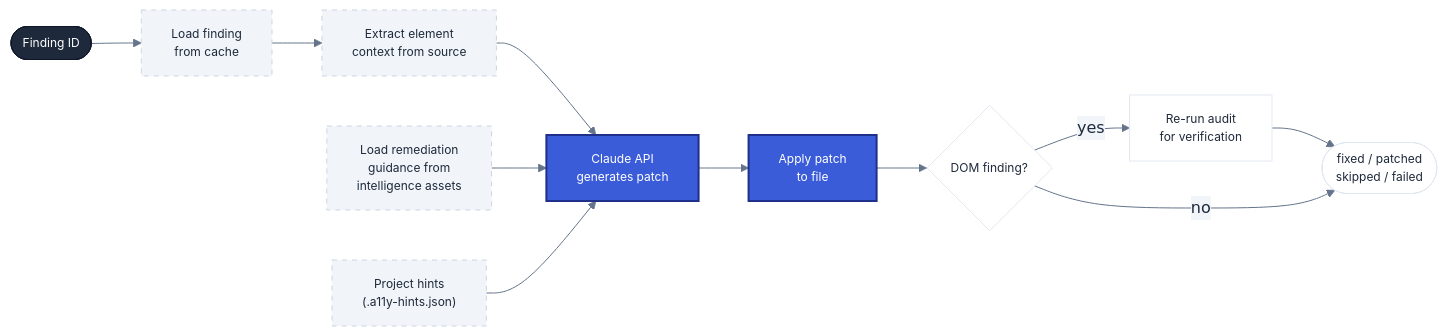
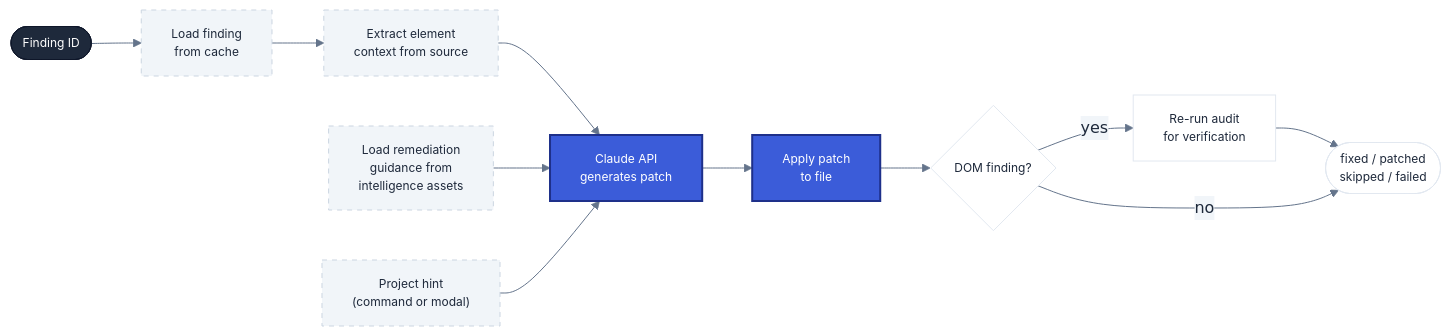
The diagram in docs/fix-engine.md (diegovelasquezweb/a11y-github-app), drawn with Mermaid before and after one commit. The commit also changed other lines of this file and 1 other file, not shown here.

Commit message:
docs: remove .a11y-hints.json references, fix caching claim

````diff
--- a/docs/fix-engine.md
+++ b/docs/fix-engine.md
@@ -28,31 +28,31 @@
 ```mermaid
 %%{init: { 'theme': 'base', 'themeVariables': { 'primaryColor': '#3b5cd9', 'primaryTextColor': '#1e293b', 'primaryBorderColor': '#1e308a', 'lineColor': '#64748b', 'secondaryColor': '#f1f5f9', 'tertiaryColor': '#fff', 'mainBkg': '#fff', 'nodeBorder': '#e2e8f0', 'clusterBkg': '#f8fafc', 'clusterBorder': '#cbd5e1' } } }%%
 flowchart LR
     FIND(["Finding ID"])
     CACHE["Load finding<br/>from cache"]
     CTX["Extract element<br/>context from source"]
     GUIDE["Load remediation<br/>guidance from<br/>intelligence assets"]
-    HINTS["Project hints<br/>(.a11y-hints.json)"]
+    HINTS["Project hint<br/>(command or modal)"]
     CLAUDE["Claude API<br/>generates patch"]
     APPLY["Apply patch<br/>to file"]
     VERIFY{"DOM finding?"}
     REAUDIT["Re-run audit<br/>for verification"]
     RESULT(["fixed / patched<br/>skipped / failed"])
 
     FIND --> CACHE --> CTX
     CTX --> CLAUDE
     GUIDE --> CLAUDE
     HINTS --> CLAUDE
     CLAUDE --> APPLY --> VERIFY
     VERIFY -->|yes| REAUDIT --> RESULT
     VERIFY -->|no| RESULT
 
     classDef default font-family:Inter,sans-serif,font-size:12px;
     classDef trigger fill:#1e293b,color:#fff,stroke:#0f172a;
     classDef core fill:#3b5cd9,color:#fff,stroke:#1e308a,stroke-width:2px;
     classDef knowledge fill:#f1f5f9,stroke:#cbd5e1,stroke-dasharray: 5 5;
 
     class FIND trigger;
     class CLAUDE,APPLY core;
     class CACHE,CTX,GUIDE,HINTS knowledge;
 ```
````
